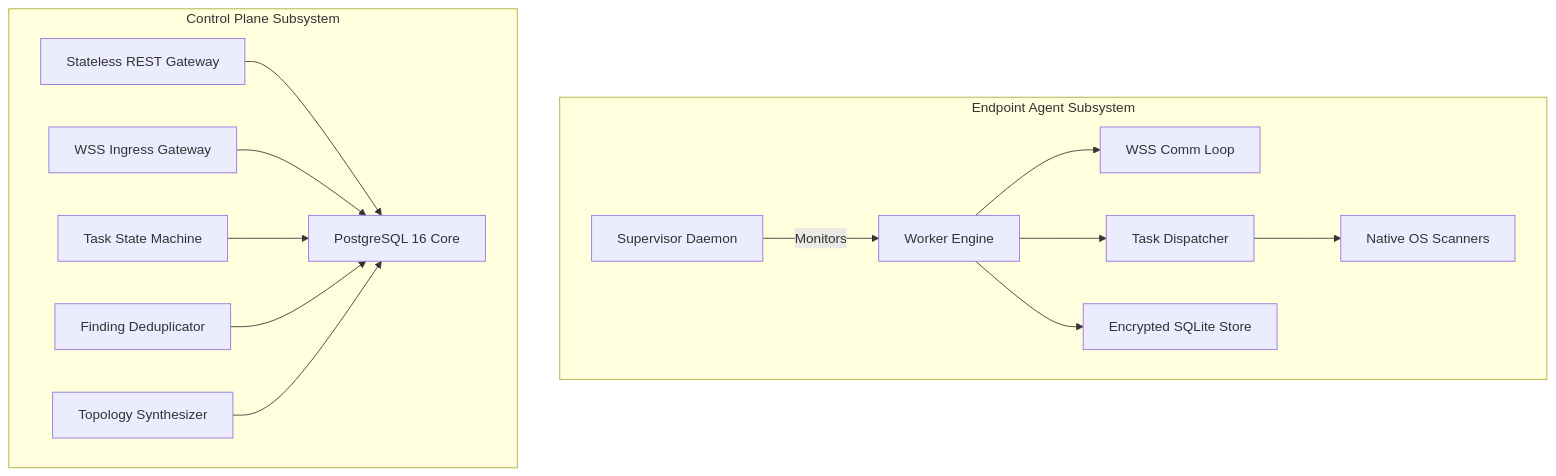
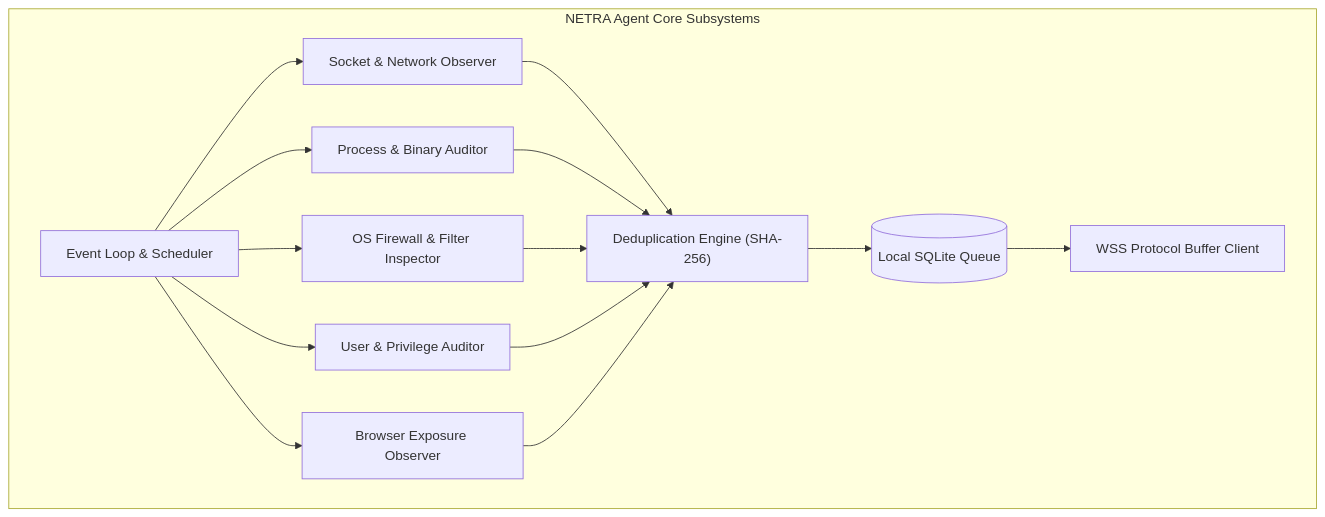
One commit to Subhadip-Paul2006/NETRA-Backend changed the fourth of 8 diagrams in docs/ARCHITECTURE.md. Above: the diagram before and after it, drawn with Mermaid. The commit also changed other lines of this file and 15 other files, not shown here.

Commit message:
docs: establish authoritative open-source academic architecture & technical specification suite

````diff
--- a/docs/ARCHITECTURE.md
+++ b/docs/ARCHITECTURE.md
@@ -118,18 +108,21 @@
 ```mermaid
 flowchart TD
-    subgraph AgentSubsystem["Endpoint Agent Subsystem"]
-        S1["Supervisor Daemon"] -->|Monitors| S2["Worker Engine"]
-        S2 --> S3["WSS Comm Loop"]
-        S2 --> S4["Task Dispatcher"]
-        S2 --> S5["Encrypted SQLite Store"]
-        S4 --> S6["Native OS Scanners"]
-    end
-
-    subgraph BackendSubsystem["Control Plane Subsystem"]
-        B1["Stateless REST Gateway"] --> B3["PostgreSQL 16 Core"]
-        B2["WSS Ingress Gateway"] --> B3
-        B4["Task State Machine"] --> B3
-        B5["Finding Deduplicator"] --> B3
-        B6["Topology Synthesizer"] --> B3
+    subgraph AgentSubsystems["NETRA Agent Core Subsystems"]
+        CoreLoop["Event Loop & Scheduler"]
+        
+        CoreLoop --> SockProbe["Socket & Network Observer"]
+        CoreLoop --> ProcProbe["Process & Binary Auditor"]
+        CoreLoop --> FWProbe["OS Firewall & Filter Inspector"]
+        CoreLoop --> UserProbe["User & Privilege Auditor"]
+        CoreLoop --> WebProbe["Browser Exposure Observer"]
+        
+        SockProbe --> Dedupe["Deduplication Engine (SHA-256)"]
+        ProcProbe --> Dedupe
+        FWProbe --> Dedupe
+        UserProbe --> Dedupe
+        WebProbe --> Dedupe
+        
+        Dedupe --> LocalStore[("Local SQLite Queue")]
+        LocalStore --> Transport["WSS Protocol Buffer Client"]
     end
 ```
````
